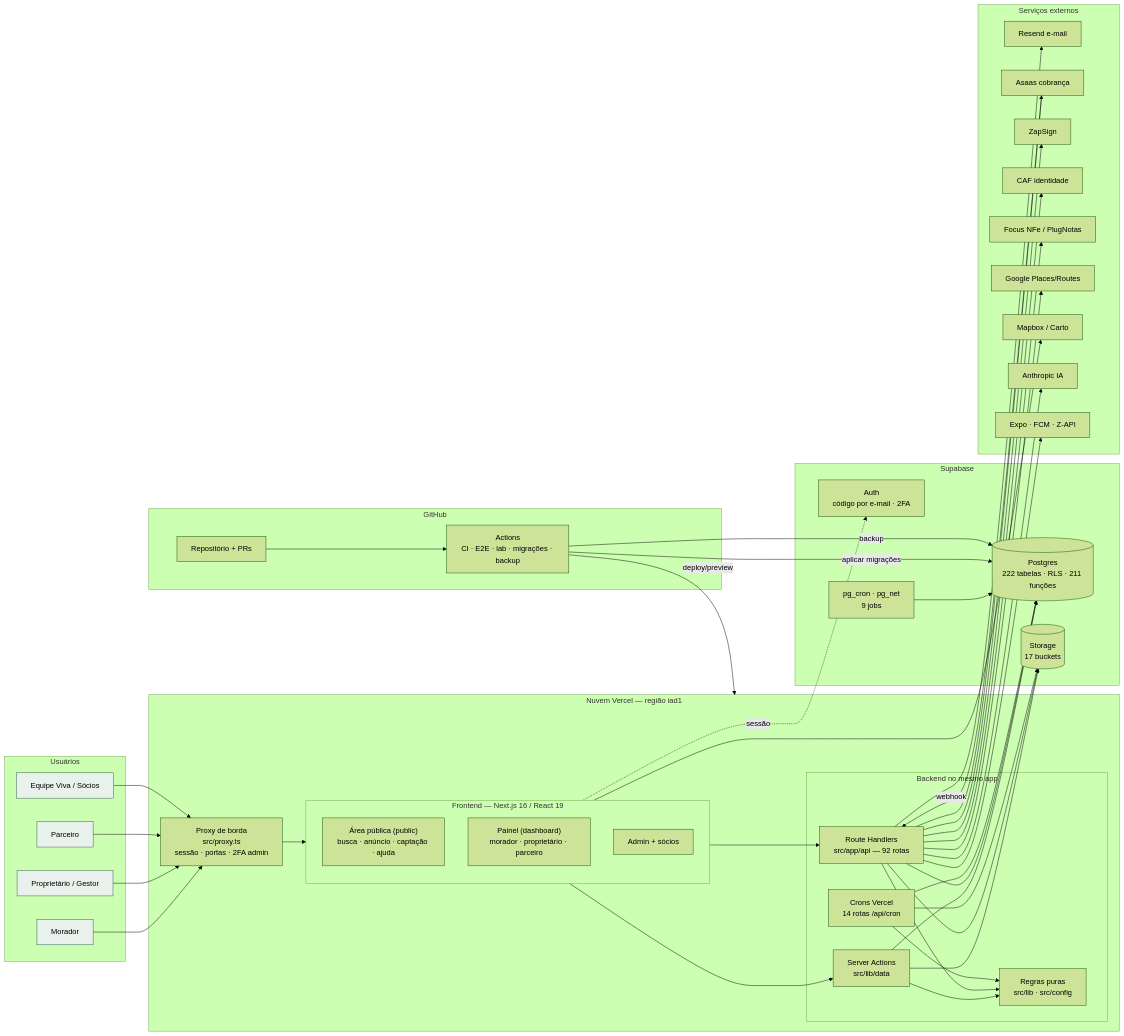
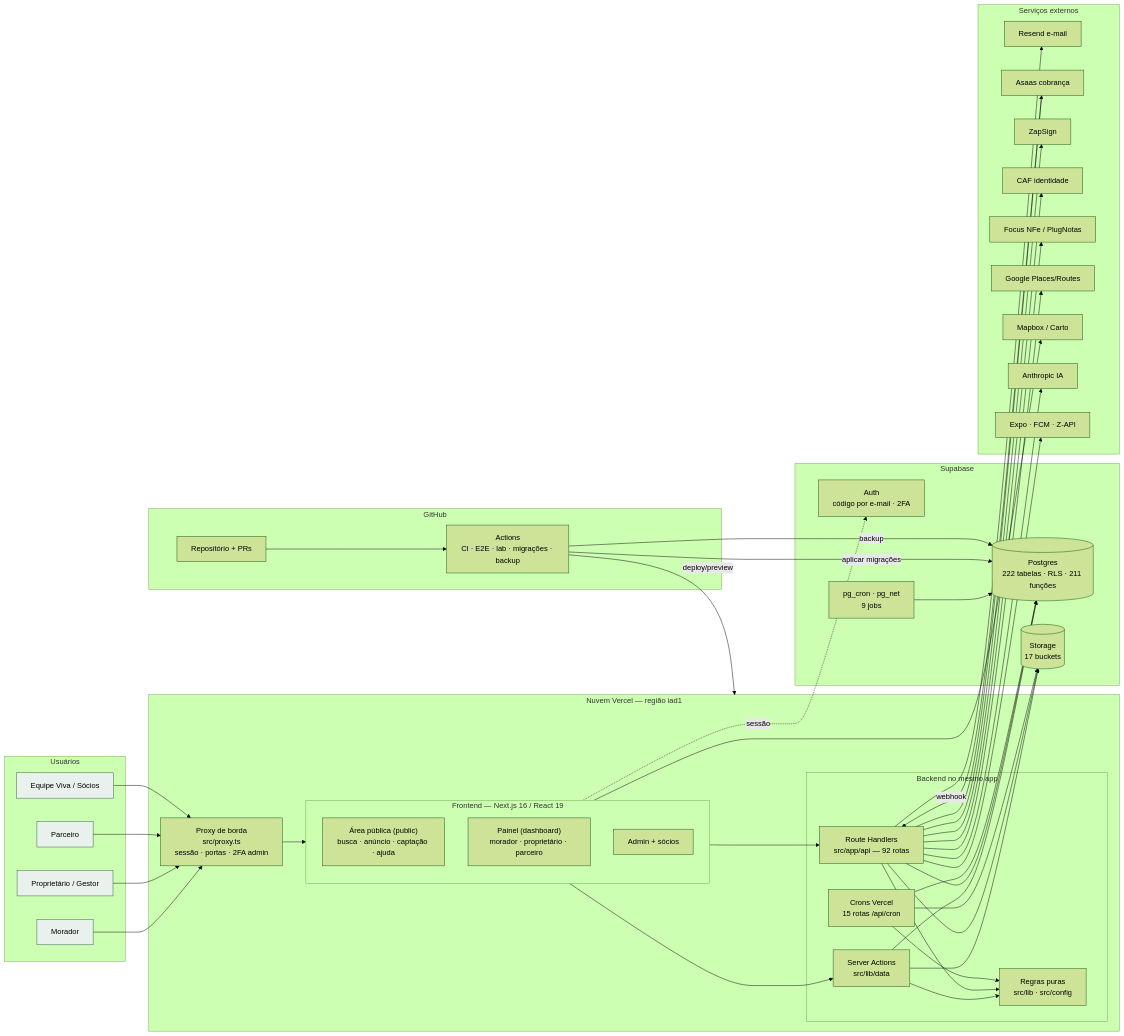
One commit to danielrodovalho228-ship-it/Viva-Nomads-Oficial changed the diagram in docs/e867-documentacao-tecnica.md. Above: the diagram before and after it, drawn with Mermaid (forest theme). The commit also changed other lines of this file and 10 other files, not shown here.

````diff
--- a/docs/e867-documentacao-tecnica.md
+++ b/docs/e867-documentacao-tecnica.md
@@ -187,64 +188,64 @@
 ```mermaid
 flowchart LR
   subgraph U[Usuários]
     M[Morador]:::u
     P[Proprietário / Gestor]:::u
     PA[Parceiro]:::u
     EQ[Equipe Viva / Sócios]:::u
   end
 
   subgraph V[Nuvem Vercel — região iad1]
     PX[Proxy de borda<br/>src/proxy.ts<br/>sessão · portas · 2FA admin]
     subgraph FE[Frontend — Next.js 16 / React 19]
       PUB["Área pública (public)<br/>busca · anúncio · captação · ajuda"]
       DASH["Painel (dashboard)<br/>morador · proprietário · parceiro"]
       ADM["Admin + sócios"]
     end
     subgraph BE[Backend no mesmo app]
       SA[Server Actions<br/>src/lib/data]
       API[Route Handlers<br/>src/app/api — 92 rotas]
-      CR[Crons Vercel<br/>14 rotas /api/cron]
+      CR[Crons Vercel<br/>15 rotas /api/cron]
       RP[Regras puras<br/>src/lib · src/config]
     end
   end
 
   subgraph SB[Supabase]
     AUTH[Auth<br/>código por e-mail · 2FA]
     DB[(Postgres<br/>222 tabelas · RLS · 211 funções)]
     ST[(Storage<br/>17 buckets)]
     PGC[pg_cron · pg_net<br/>9 jobs]
   end
 
   subgraph EXT[Serviços externos]
     RS[Resend e-mail]
     AS[Asaas cobrança]
     ZS[ZapSign]
     CAF[CAF identidade]
     NF[Focus NFe / PlugNotas]
     GG[Google Places/Routes]
     MB[Mapbox / Carto]
     AN[Anthropic IA]
     PU[Expo · FCM · Z-API]
   end
 
   subgraph GH[GitHub]
     REPO[Repositório + PRs]
     ACT[Actions<br/>CI · E2E · lab · migrações · backup]
   end
 
   M & P & PA & EQ --> PX --> FE
   FE --> SA & API
   SA & API & CR --> RP
   SA & API & CR --> DB & ST
   FE -. sessão .-> AUTH
   PGC --> DB
   API --> RS & AS & ZS & CAF & NF & GG & AN & PU
   FE --> MB
   AS -- webhook --> API
   REPO --> ACT
   ACT -- deploy/preview --> V
   ACT -- aplicar migrações --> DB
   ACT -- backup --> DB
 
   classDef u fill:#e8f1ec,stroke:#2f5d4a;
 ```
````
